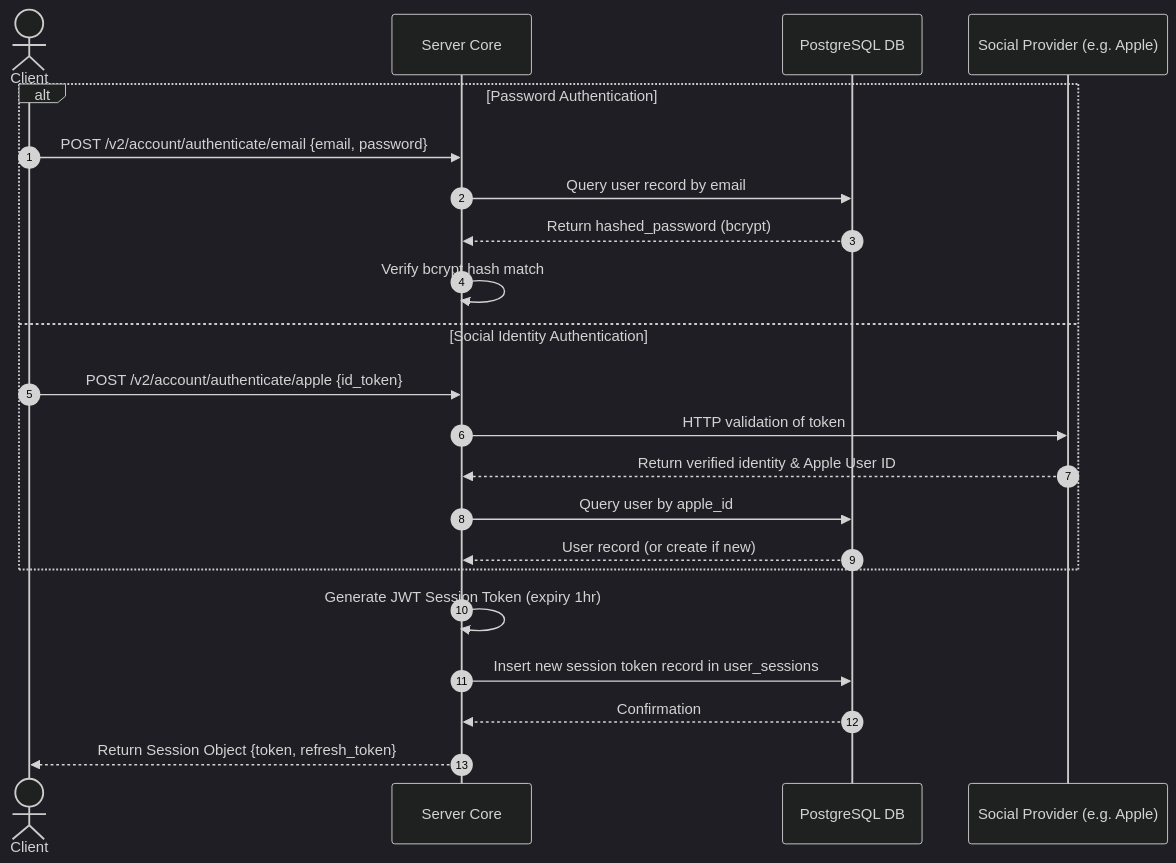
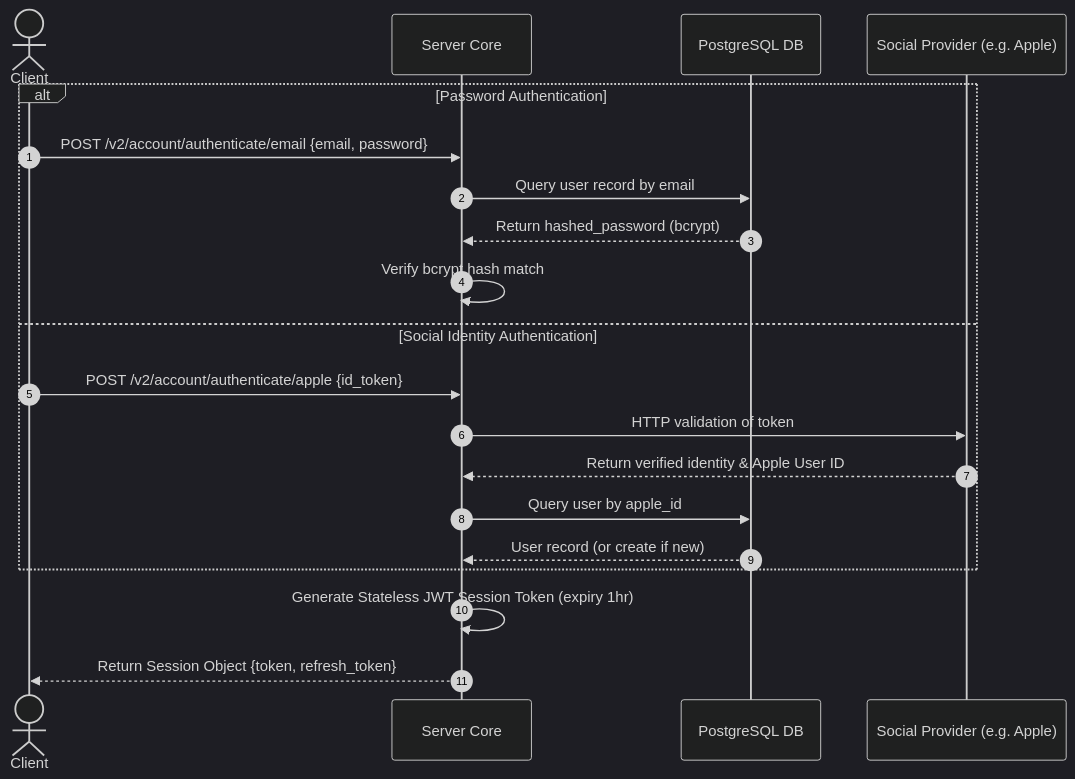
Before and after one commit to BornToBuildGame/documents: the diagram in TDD/01_user_authentication.md, drawn with Mermaid (dark theme). The commit also changed other lines of this file and 27 other files, not shown here.

````diff
--- a/TDD/01_user_authentication.md
+++ b/TDD/01_user_authentication.md
@@ -27,26 +27,24 @@
 ```mermaid
 sequenceDiagram
     autonumber
     actor Client
     participant Server as Server Core
     participant DB as PostgreSQL DB
     participant OAuth as Social Provider (e.g. Apple)
 
     alt Password Authentication
         Client->>Server: POST /v2/account/authenticate/email {email, password}
         Server->>DB: Query user record by email
         DB-->>Server: Return hashed_password (bcrypt)
         Server->>Server: Verify bcrypt hash match
     else Social Identity Authentication
         Client->>Server: POST /v2/account/authenticate/apple {id_token}
         Server->>OAuth: HTTP validation of token
         OAuth-->>Server: Return verified identity & Apple User ID
         Server->>DB: Query user by apple_id
         DB-->>Server: User record (or create if new)
     end
     
-    Server->>Server: Generate JWT Session Token (expiry 1hr)
-    Server->>DB: Insert new session token record in user_sessions
-    DB-->>Server: Confirmation
+    Server->>Server: Generate Stateless JWT Session Token (expiry 1hr)
     Server-->>Client: Return Session Object {token, refresh_token}
 ```
````
